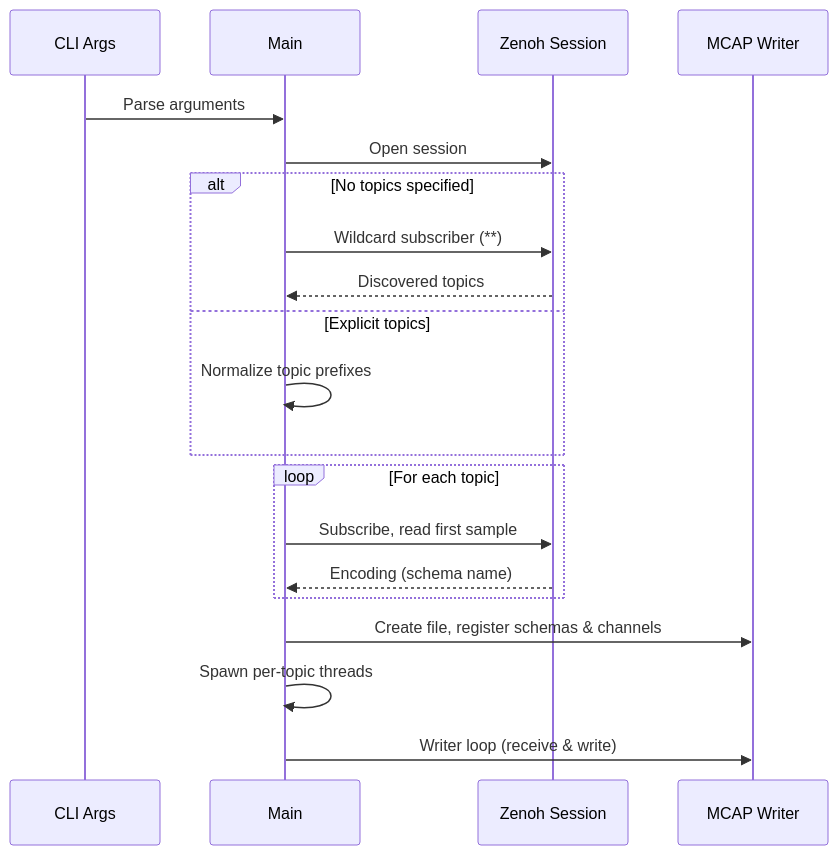
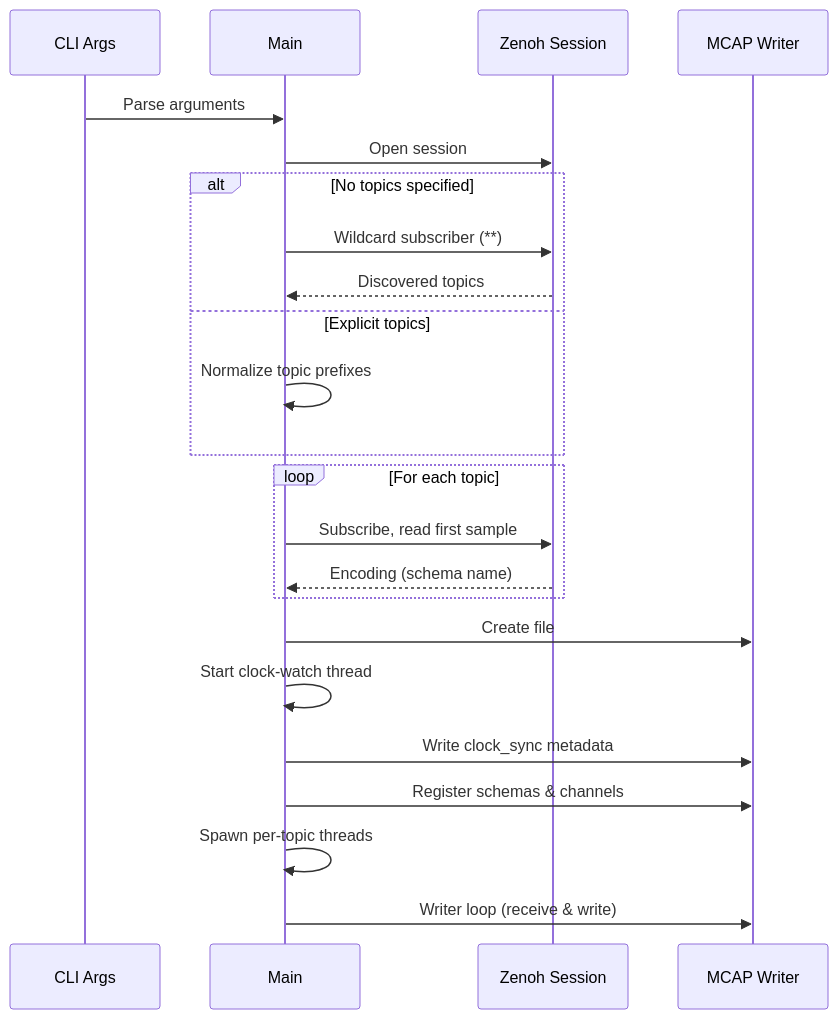
The third of 6 diagrams in ARCHITECTURE.md (EdgeFirstAI/recorder), drawn with Mermaid before and after one commit. The commit also changed other lines of this file and 27 other files, not shown here.

First line of the commit message:
EDGEAI-1944: Clock step metadata, dependency refresh, tiered CI

````diff
--- a/ARCHITECTURE.md
+++ b/ARCHITECTURE.md
@@ -80,26 +82,29 @@
 ```mermaid
 sequenceDiagram
     participant CLI as CLI Args
     participant MAIN as Main
     participant ZENOH as Zenoh Session
     participant MCAP as MCAP Writer
 
     CLI->>MAIN: Parse arguments
     MAIN->>ZENOH: Open session
 
     alt No topics specified
         MAIN->>ZENOH: Wildcard subscriber (**)
         ZENOH-->>MAIN: Discovered topics
     else Explicit topics
         MAIN->>MAIN: Normalize topic prefixes
     end
 
     loop For each topic
         MAIN->>ZENOH: Subscribe, read first sample
         ZENOH-->>MAIN: Encoding (schema name)
     end
 
-    MAIN->>MCAP: Create file, register schemas & channels
+    MAIN->>MCAP: Create file
+    MAIN->>MAIN: Start clock-watch thread
+    MAIN->>MCAP: Write clock_sync metadata
+    MAIN->>MCAP: Register schemas & channels
     MAIN->>MAIN: Spawn per-topic threads
     MAIN->>MCAP: Writer loop (receive & write)
 ```
````
